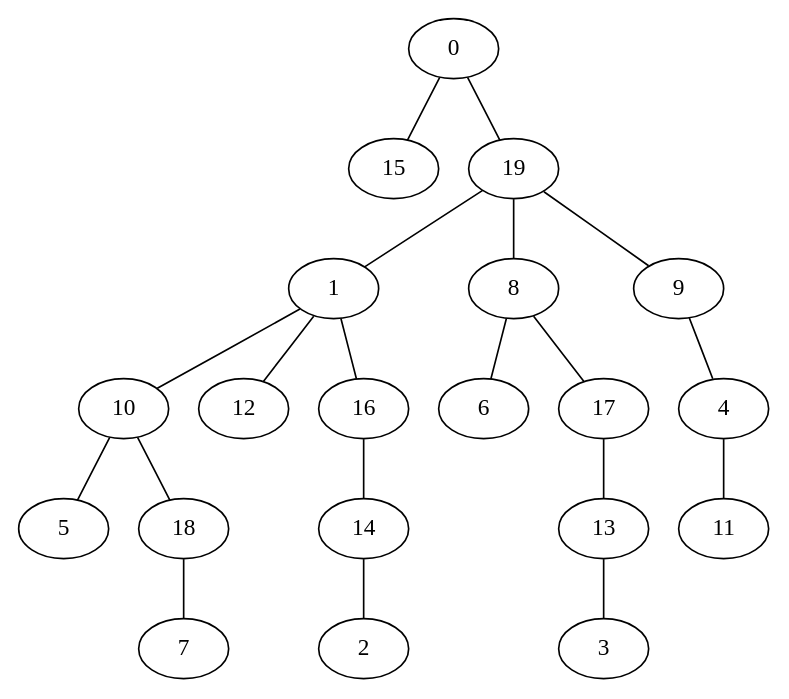
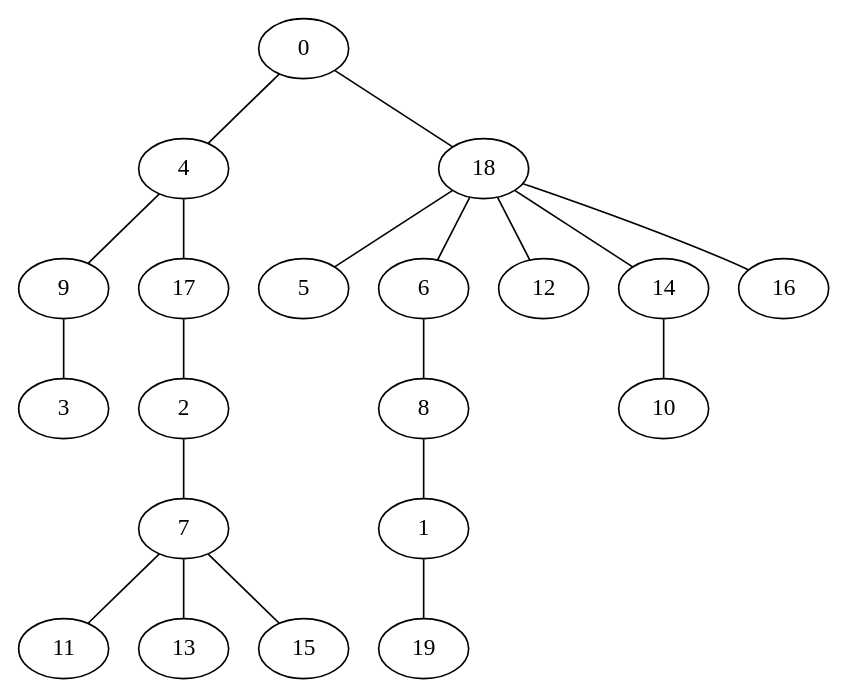
Before and after one commit to VillegasGG/greedy-firefighter-problem: the diagram in experiments/pygrapghviz.dot, drawn with Graphviz. The commit also changed 7 other files, not shown here.

```diff
--- a/experiments/pygrapghviz.dot
+++ b/experiments/pygrapghviz.dot
@@ -1,21 +1,21 @@
 strict graph "" {
-	0 -- 15;
-	0 -- 19;
-	19 -- 1;
-	19 -- 8;
-	19 -- 9;
-	1 -- 10;
-	1 -- 12;
-	1 -- 16;
-	8 -- 6;
-	8 -- 17;
-	9 -- 4;
-	4 -- 11;
-	17 -- 13;
-	13 -- 3;
-	10 -- 5;
-	10 -- 18;
-	16 -- 14;
-	14 -- 2;
-	18 -- 7;
+	0 -- 4;
+	0 -- 18;
+	4 -- 9;
+	4 -- 17;
+	18 -- 5;
+	18 -- 6;
+	18 -- 12;
+	18 -- 14;
+	18 -- 16;
+	6 -- 8;
+	14 -- 10;
+	8 -- 1;
+	1 -- 19;
+	9 -- 3;
+	17 -- 2;
+	2 -- 7;
+	7 -- 11;
+	7 -- 13;
+	7 -- 15;
 }
```
